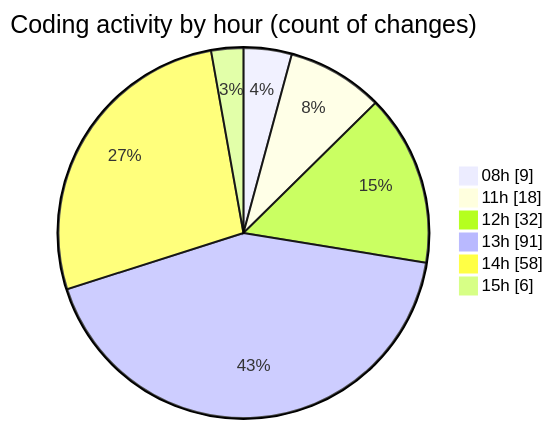
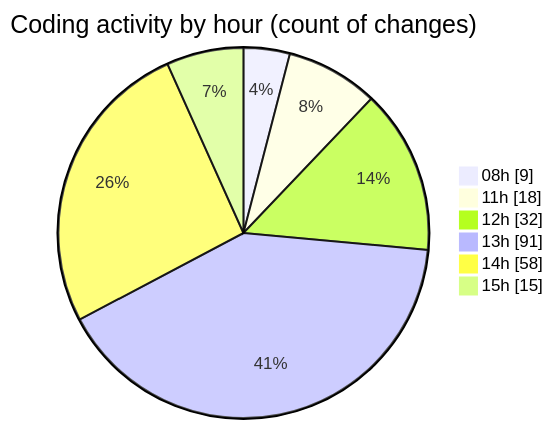
One commit to momahboobian/code-tracking changed the second of 2 diagrams in 2026-04-17/cda/README.md. Above: the diagram before and after it, drawn with Mermaid. The commit also changed other lines of this file and 1 other file, not shown here.

````diff
--- a/2026-04-17/cda/README.md
+++ b/2026-04-17/cda/README.md
@@ -69,10 +70,10 @@
 ```mermaid
 pie showData
 title Coding activity by hour (count of changes)
 "08h" : 9
 "11h" : 18
 "12h" : 32
 "13h" : 91
 "14h" : 58
-"15h" : 6
+"15h" : 15
 ```
````
